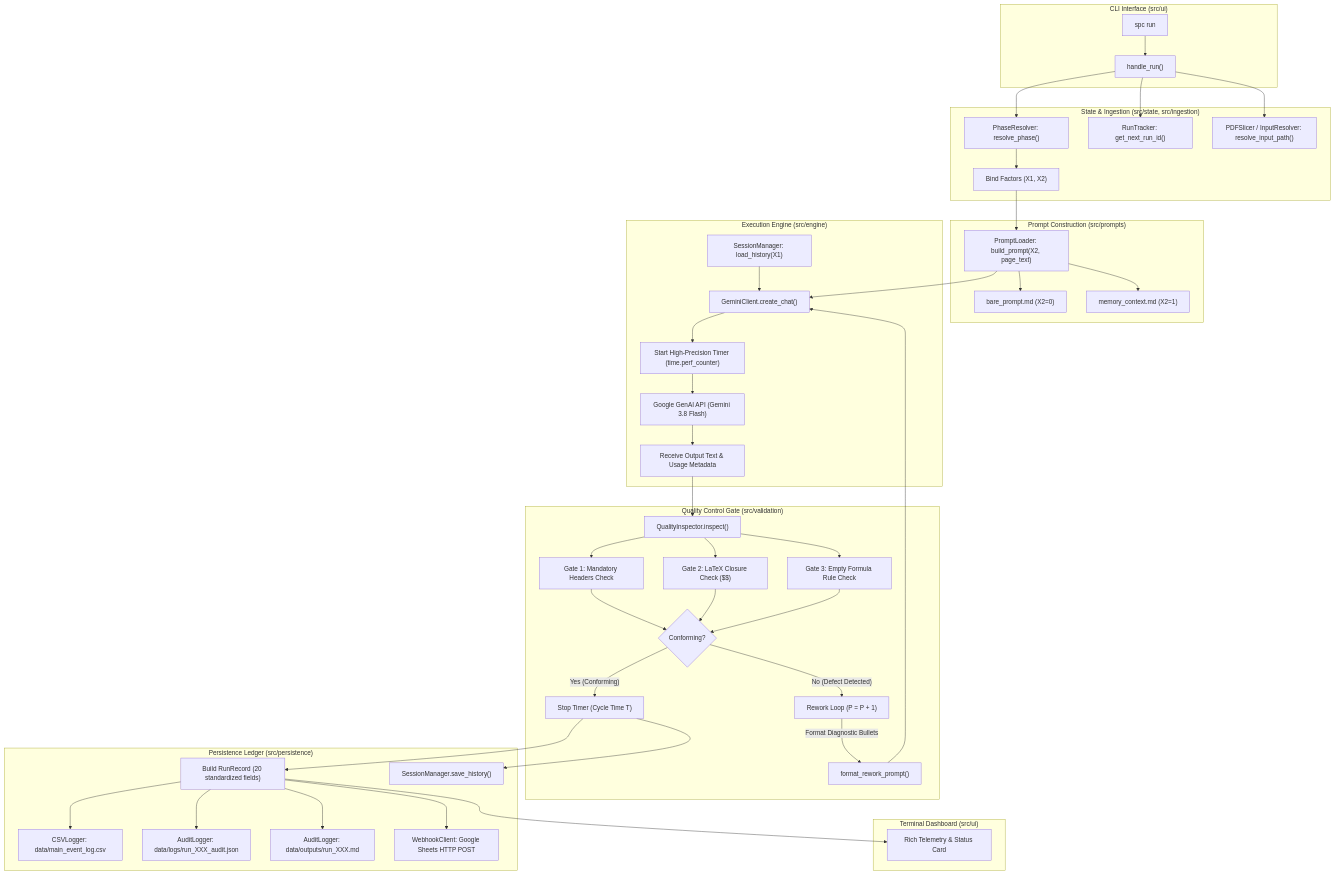
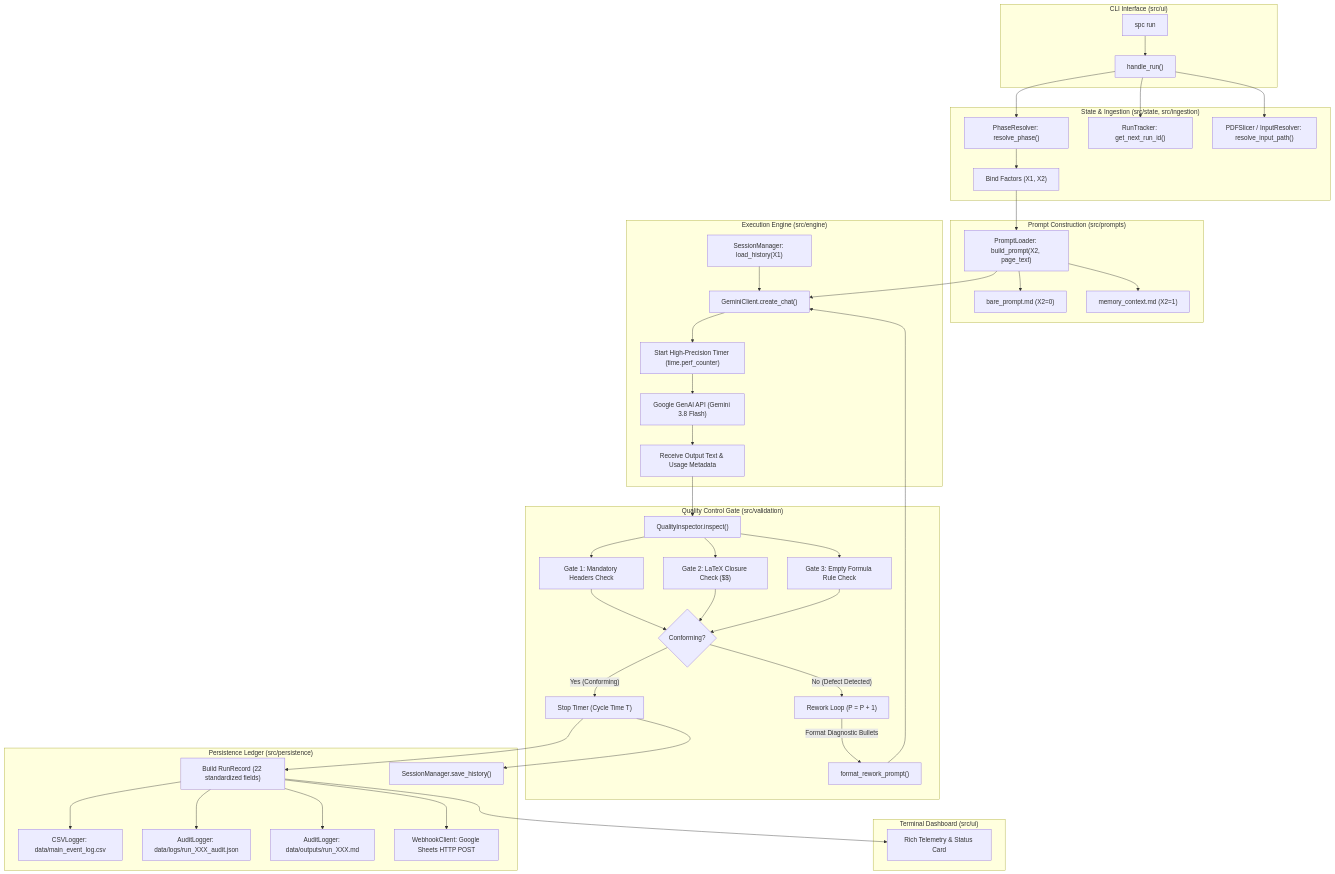
Before and after one commit to GabGP/spc-prompt-engineering: the diagram in docs/architecture.md, drawn with Mermaid. The commit also changed other lines of this file and 2 other files, not shown here.

Commit message:
docs: document 22-column telemetry schema, cumulative thinking_tokens, and webhook setup

````diff
--- a/docs/architecture.md
+++ b/docs/architecture.md
@@ -93,53 +93,53 @@
 ```mermaid
 flowchart TD
     subgraph CLI ["CLI Interface (src/ui)"]
         UserCmd["spc run"] --> CLIHandler["handle_run()"]
     end
 
     subgraph State ["State & Ingestion (src/state, src/ingestion)"]
         CLIHandler --> PhaseRes["PhaseResolver: resolve_phase()"]
         CLIHandler --> Tracker["RunTracker: get_next_run_id()"]
         CLIHandler --> Ingest["PDFSlicer / InputResolver: resolve_input_path()"]
         PhaseRes --> FactorBind["Bind Factors (X1, X2)"]
     end
 
     subgraph Prompts ["Prompt Construction (src/prompts)"]
         FactorBind --> Builder["PromptLoader: build_prompt(X2, page_text)"]
         Builder --> BarePrompt["bare_prompt.md (X2=0)"]
         Builder --> SOPPrompt["memory_context.md (X2=1)"]
     end
 
     subgraph Engine ["Execution Engine (src/engine)"]
         SessionMgr["SessionManager: load_history(X1)"] --> Chat["GeminiClient.create_chat()"]
         Builder --> Chat
         Chat --> APITimer["Start High-Precision Timer (time.perf_counter)"]
         APITimer --> GenAI["Google GenAI API (Gemini 3.8 Flash)"]
         GenAI --> APIResponse["Receive Output Text & Usage Metadata"]
     end
 
     subgraph Quality ["Quality Control Gate (src/validation)"]
         APIResponse --> Inspector["QualityInspector.inspect()"]
         Inspector --> Gate1["Gate 1: Mandatory Headers Check"]
         Inspector --> Gate2["Gate 2: LaTeX Closure Check ($$)"]
         Inspector --> Gate3["Gate 3: Empty Formula Rule Check"]
         
         Gate1 & Gate2 & Gate3 --> Decision{"Conforming?"}
         Decision -- "No (Defect Detected)" --> Rework["Rework Loop (P = P + 1)"]
         Rework -- "Format Diagnostic Bullets" --> ReworkPrompt["format_rework_prompt()"]
         ReworkPrompt --> Chat
         Decision -- "Yes (Conforming)" --> TimerStop["Stop Timer (Cycle Time T)"]
     end
 
     subgraph Persistence ["Persistence Ledger (src/persistence)"]
-        TimerStop --> RunRec["Build RunRecord (20 standardized fields)"]
+        TimerStop --> RunRec["Build RunRecord (22 standardized fields)"]
         RunRec --> CSVLog["CSVLogger: data/main_event_log.csv"]
         RunRec --> AuditLog["AuditLogger: data/logs/run_XXX_audit.json"]
         RunRec --> MarkdownOut["AuditLogger: data/outputs/run_XXX.md"]
         RunRec --> Webhook["WebhookClient: Google Sheets HTTP POST"]
         TimerStop --> SessionSave["SessionManager.save_history()"]
     end
 
     subgraph UI ["Terminal Dashboard (src/ui)"]
         RunRec --> TelemetryCard["Rich Telemetry & Status Card"]
     end
 ```
````
